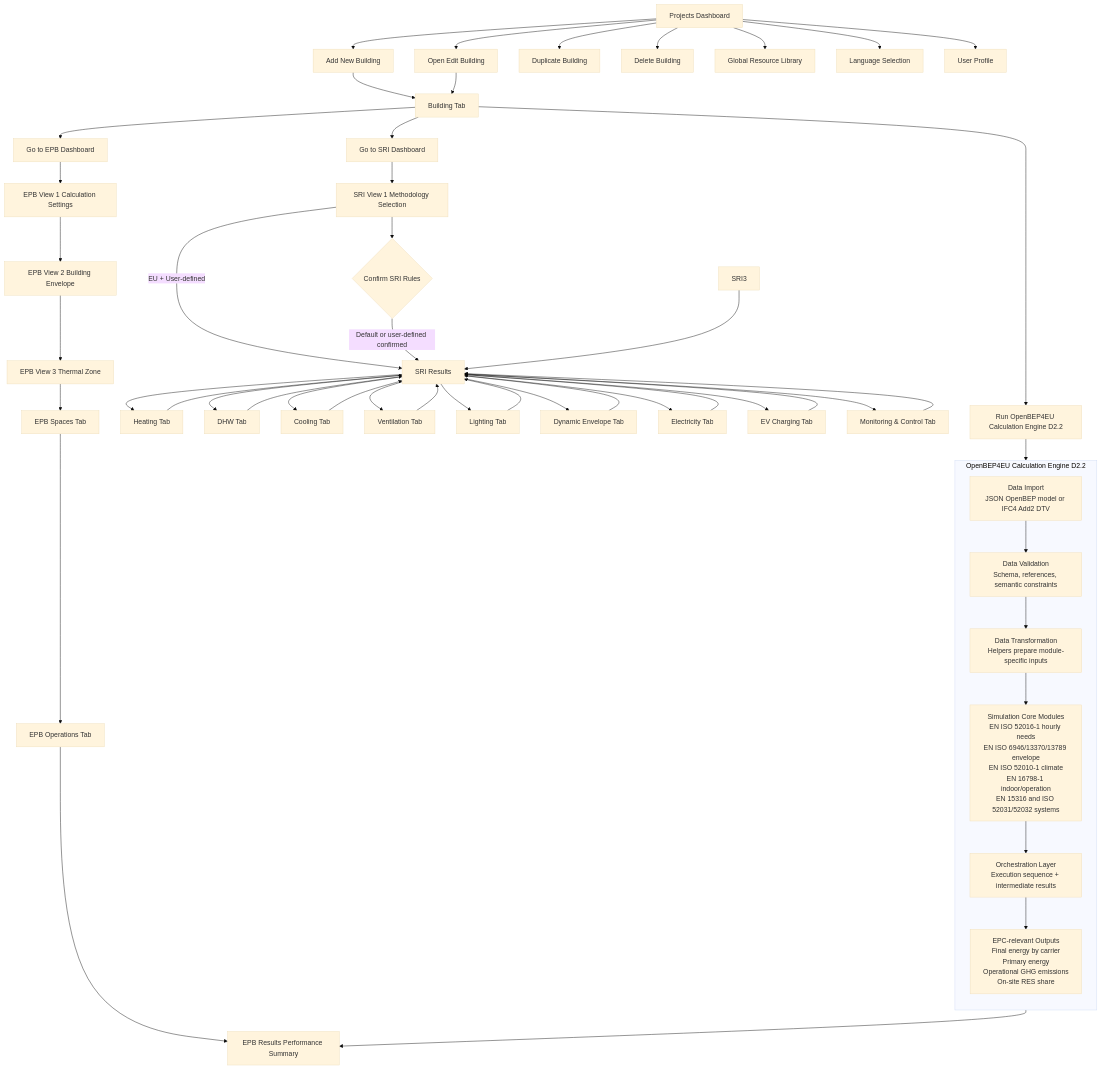
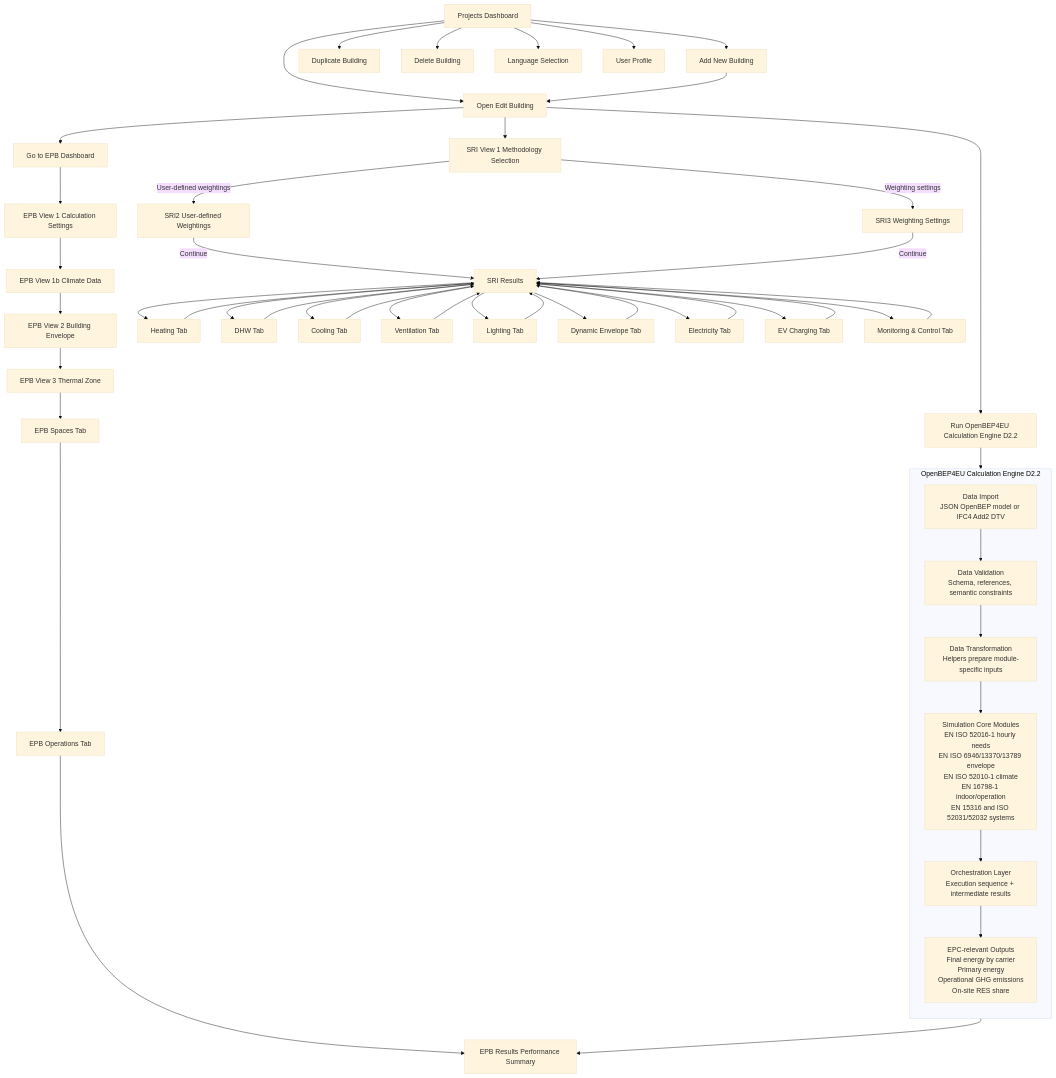
Before and after one commit to pantazis/-building-performance-app: the diagram in plan.mmd, drawn with Mermaid (base theme). The commit also changed 14 other files, not shown here.

```diff
--- a/plan.mmd
+++ b/plan.mmd
@@ -1,64 +1,62 @@
 flowchart TD
 
 A[Projects Dashboard] --> B[Add New Building]
 A --> C[Open Edit Building]
 A --> D[Duplicate Building]
 A --> E[Delete Building]
-A --> F[Global Resource Library]
 A --> G[Language Selection]
 A --> H[User Profile]
 
-B --> I[Building Tab]
-C --> I
+B --> C
 
-I --> J[Go to EPB Dashboard]
-I --> K[Go to SRI Dashboard]
+C --> J[Go to EPB Dashboard]
+C --> SRI1[SRI View 1 Methodology Selection]
 
 J --> EPB1[EPB View 1 Calculation Settings]
-EPB1 --> EPB2[EPB View 2 Building Envelope]
+EPB1 --> EPB1B[EPB View 1b Climate Data]
+EPB1B --> EPB2[EPB View 2 Building Envelope]
 EPB2 --> EPB3[EPB View 3 Thermal Zone]
 EPB3 --> EPBSPACES[EPB Spaces Tab]
 EPBSPACES --> EPBOPS[EPB Operations Tab]
 EPBOPS --> EPB4[EPB Results Performance Summary]
 
-K --> SRI1[SRI View 1 Methodology Selection]
-SRI1 --> SRI2{Confirm SRI Rules}
-SRI1 -->|EU + User-defined| SRI14[SRI14 Results]
-SRI2 -->|Default or user-defined confirmed| SRI14[SRI14 Results]
-SRI3 --> SRI14
+SRI1 -->|User-defined weightings| SRI2[SRI2 User-defined Weightings]
+SRI1 -->|Weighting settings| SRI3[SRI3 Weighting Settings]
+SRI2 -->|Continue| SRI14[SRI14 Results]
+SRI3 -->|Continue| SRI14
 
 SRI14 --> SRI5[Heating Tab]
 SRI14 --> SRI6[DHW Tab]
 SRI14 --> SRI7[Cooling Tab]
 SRI14 --> SRI8[Ventilation Tab]
 SRI14 --> SRI9[Lighting Tab]
 SRI14 --> SRI10[Dynamic Envelope Tab]
 SRI14 --> SRI11[Electricity Tab]
 SRI14 --> SRI12[EV Charging Tab]
 SRI14 --> SRI13[Monitoring & Control Tab]
 
 SRI5 --> SRI14[SRI Results]
 SRI6 --> SRI14[SRI Results]
 SRI7 --> SRI14[SRI Results]
 SRI8 --> SRI14[SRI Results]
 SRI9 --> SRI14[SRI Results]
 SRI10 --> SRI14[SRI Results]
 SRI11 --> SRI14[SRI Results]
 SRI12 --> SRI14[SRI Results]
 SRI13 --> SRI14[SRI Results]
 
 %% D2.2 Advanced EU Kernel EPC Engine integration
-I --> CE0[Run OpenBEP4EU Calculation Engine D2.2]
+C --> CE0[Run OpenBEP4EU Calculation Engine D2.2]
 
 subgraph CE[OpenBEP4EU Calculation Engine D2.2]
 direction TB
 CE1[Data Import\nJSON OpenBEP model or IFC4 Add2 DTV]
 CE2[Data Validation\nSchema, references, semantic constraints]
 CE3[Data Transformation\nHelpers prepare module-specific inputs]
 CE4[Simulation Core Modules\nEN ISO 52016-1 hourly needs\nEN ISO 6946/13370/13789 envelope\nEN ISO 52010-1 climate\nEN 16798-1 indoor/operation\nEN 15316 and ISO 52031/52032 systems]
 CE5[Orchestration Layer\nExecution sequence + intermediate results]
 CE6[EPC-relevant Outputs\nFinal energy by carrier\nPrimary energy\nOperational GHG emissions\nOn-site RES share]
 end
 
 CE0 --> CE1 --> CE2 --> CE3 --> CE4 --> CE5 --> CE6
 CE6 --> EPB4
```
